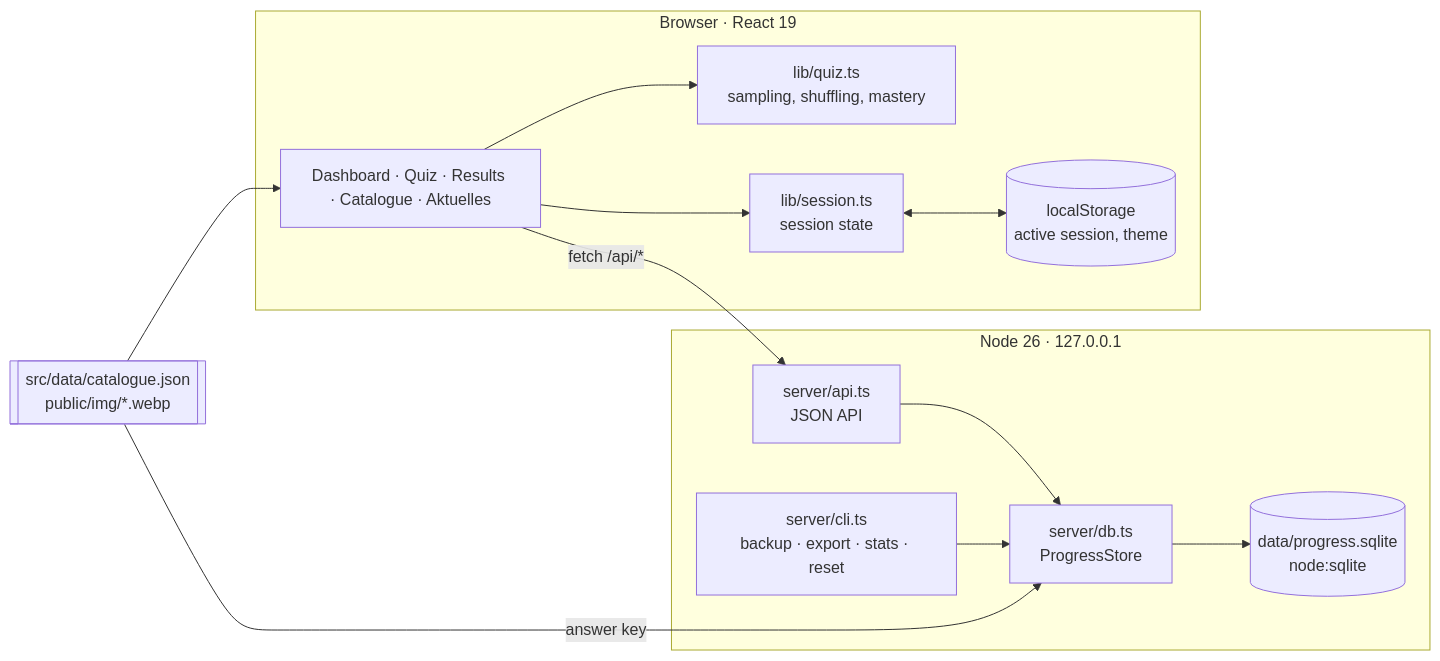
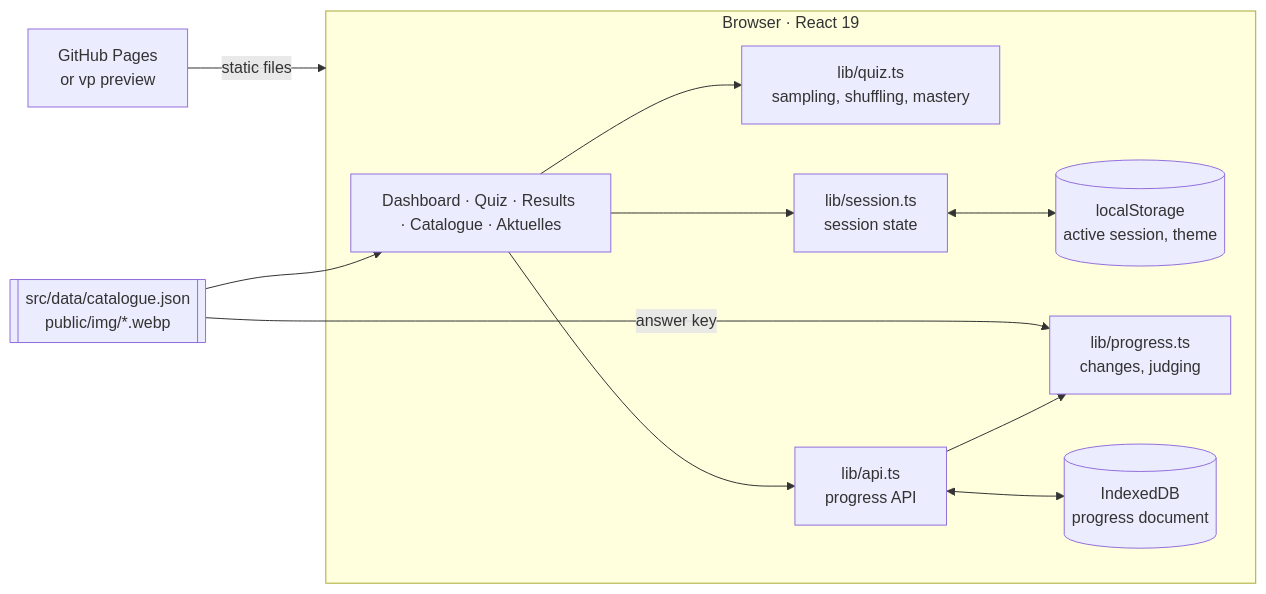
Before and after one commit to IndrajeetPatil/einbuergerungstest: the first of 2 diagrams in docs/architecture.md, drawn with Mermaid. The commit also changed other lines of this file and 66 other files, not shown here.

Commit message:
feat!: run as a static site on GitHub Pages with progress in IndexedDB (#10)

````diff
--- a/docs/architecture.md
+++ b/docs/architecture.md
@@ -9,27 +10,24 @@
 ```mermaid
 flowchart LR
   subgraph Browser["Browser · React 19"]
     UI["Dashboard · Quiz · Results · Catalogue · Aktuelles"]
     Logic["lib/quiz.ts<br/>sampling, shuffling, mastery"]
     Session["lib/session.ts<br/>session state"]
     Local[("localStorage<br/>active session, theme")]
+    API["lib/api.ts<br/>progress API"]
+    Store["lib/progress.ts<br/>changes, judging"]
+    IDB[("IndexedDB<br/>progress document")]
     UI --> Logic
     UI --> Session
     Session <--> Local
-  end
-
-  subgraph Server["Node 26 · 127.0.0.1"]
-    API["server/api.ts<br/>JSON API"]
-    Store["server/db.ts<br/>ProgressStore"]
-    DB[("data/progress.sqlite<br/>node:sqlite")]
-    CLI["server/cli.ts<br/>backup · export · stats · reset"]
-    API --> Store --> DB
-    CLI --> Store
+    UI --> API --> Store
+    API <--> IDB
   end
 
   Catalogue[["src/data/catalogue.json<br/>public/img/*.webp"]]
+  Pages["GitHub Pages<br/>or vp preview"]
 
-  UI -- "fetch /api/*" --> API
+  Pages -- "static files" --> Browser
   Catalogue --> UI
   Catalogue -- "answer key" --> Store
 ```
````
